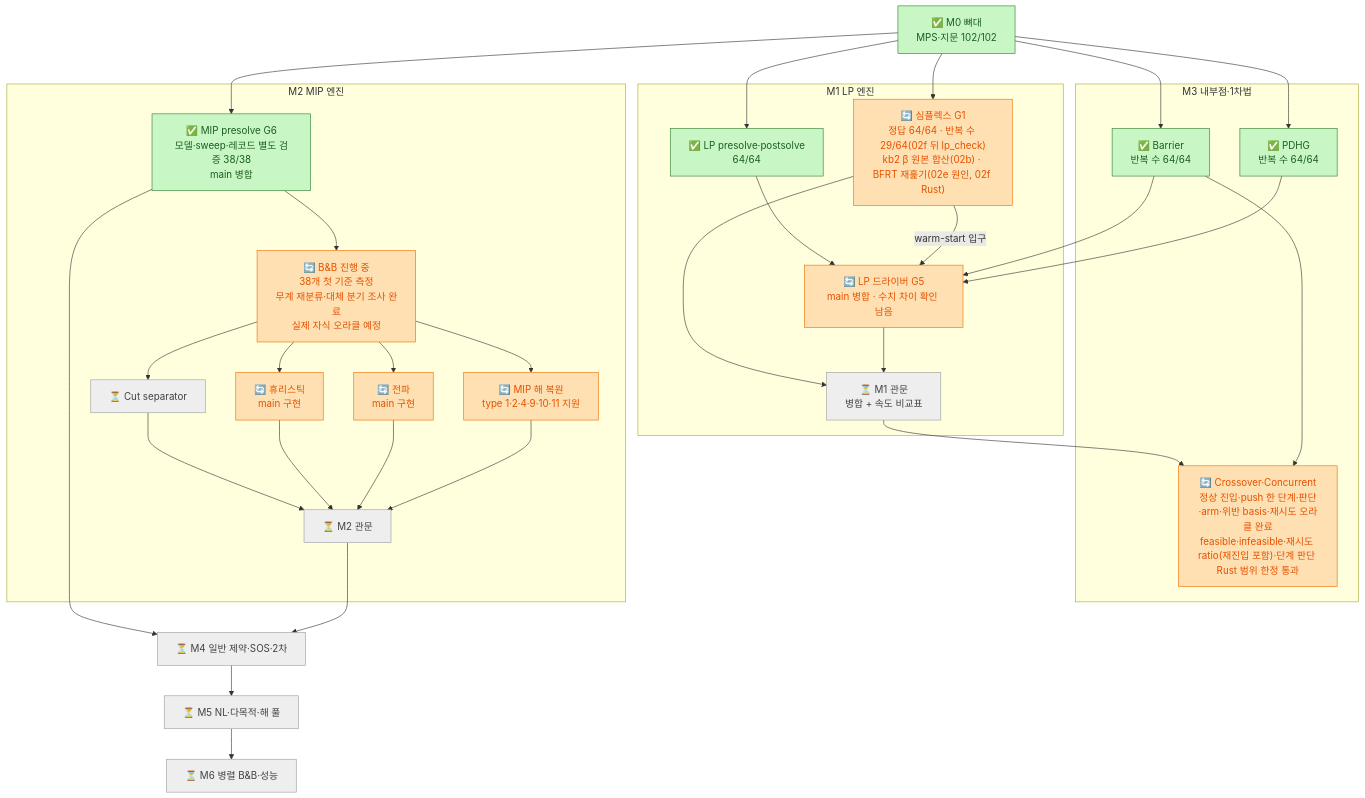
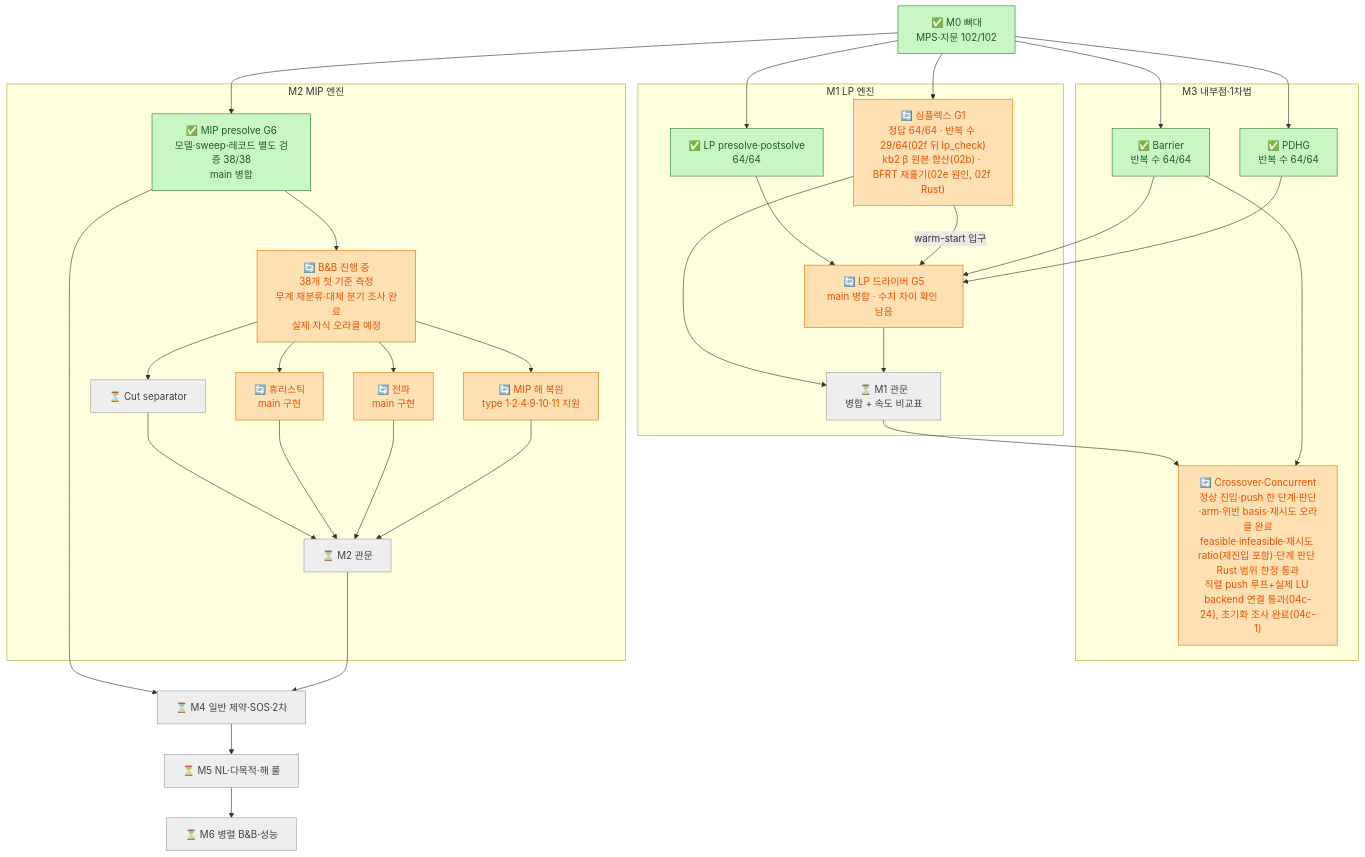
The diagram in docs/12_roadmap_diagram.md (kjh278231/kerobi), drawn with Mermaid before and after one commit. The commit also changed other lines of this file and 7 other files, not shown here.

````diff
--- a/docs/12_roadmap_diagram.md
+++ b/docs/12_roadmap_diagram.md
@@ -197,49 +199,49 @@
 ```mermaid
 flowchart TD
     classDef done fill:#c8f7c5,stroke:#2e7d32,color:#1b5e20
     classDef doing fill:#ffe0b2,stroke:#ef6c00,color:#e65100
     classDef pending fill:#bbdefb,stroke:#1565c0,color:#0d47a1
     classDef todo fill:#eeeeee,stroke:#9e9e9e,color:#424242
 
     M0["✅ M0 뼈대<br/>MPS·지문 102/102"]:::done
 
     subgraph M1["M1 LP 엔진"]
         PRE["✅ LP presolve·postsolve<br/>64/64"]:::done
         SPX["🔄 심플렉스 G1<br/>정답 64/64 · 반복 수 29/64(02f 뒤 lp_check)<br/>kb2 β 원본 합산(02b) · BFRT 재훑기(02e 원인, 02f Rust)"]:::doing
         DRV["🔄 LP 드라이버 G5<br/>main 병합 · 수치 차이 확인 남음"]:::doing
         GATE1["⏳ M1 관문<br/>병합 + 속도 비교표"]:::todo
     end
 
     subgraph M3["M3 내부점·1차법"]
         BAR["✅ Barrier<br/>반복 수 64/64"]:::done
         PDHG["✅ PDHG<br/>반복 수 64/64"]:::done
-        XO["🔄 Crossover·Concurrent<br/>정상 진입·push 한 단계·판단·arm·위반 basis·재시도 오라클 완료<br/>feasible·infeasible·재시도 ratio(재진입 포함)·단계 판단 Rust 범위 한정 통과"]:::doing
+        XO["🔄 Crossover·Concurrent<br/>정상 진입·push 한 단계·판단·arm·위반 basis·재시도 오라클 완료<br/>feasible·infeasible·재시도 ratio(재진입 포함)·단계 판단 Rust 범위 한정 통과<br/>직렬 push 루프+실제 LU backend 연결 통과(04c-24), 초기화 조사 완료(04c-1)"]:::doing
     end
 
     subgraph M2["M2 MIP 엔진"]
         MPRE["✅ MIP presolve G6<br/>모델·sweep·레코드 별도 검증 38/38<br/>main 병합"]:::done
         BNB["🔄 B&B 진행 중<br/>38개 첫 기준 측정<br/>무계 재분류·대체 분기 조사 완료<br/>실제 자식 오라클 예정"]:::doing
         CUT["⏳ Cut separator"]:::todo
         HEU["🔄 휴리스틱<br/>main 구현"]:::doing
         PROP["🔄 전파<br/>main 구현"]:::doing
         POST["🔄 MIP 해 복원<br/>type 1·2·4·9·10·11 지원"]:::doing
         GATE2["⏳ M2 관문"]:::todo
     end
 
     M4["⏳ M4 일반 제약·SOS·2차"]:::todo
     M5["⏳ M5 NL·다목적·해 풀"]:::todo
     M6["⏳ M6 병렬 B&B·성능"]:::todo
 
     M0 --> PRE & SPX & BAR & PDHG & MPRE
     PRE --> DRV
     BAR & PDHG --> DRV
     SPX -- "warm-start 입구" --> DRV
     SPX & DRV --> GATE1
     GATE1 --> XO
     BAR --> XO
     MPRE --> BNB
     BNB --> CUT & HEU & PROP & POST
     CUT & HEU & PROP & POST --> GATE2
     MPRE --> M4
     GATE2 --> M4 --> M5 --> M6
 ```
````
